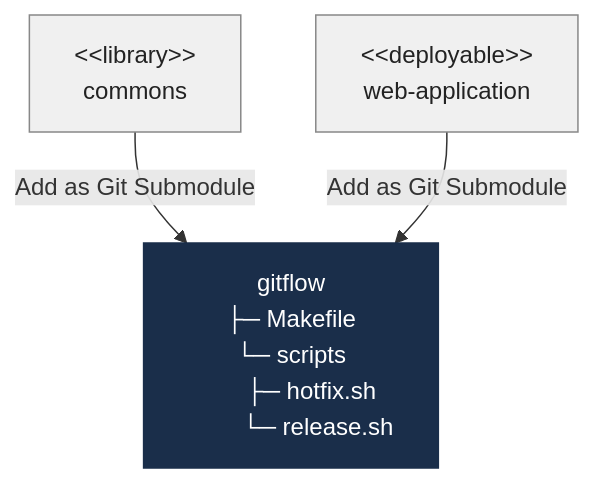
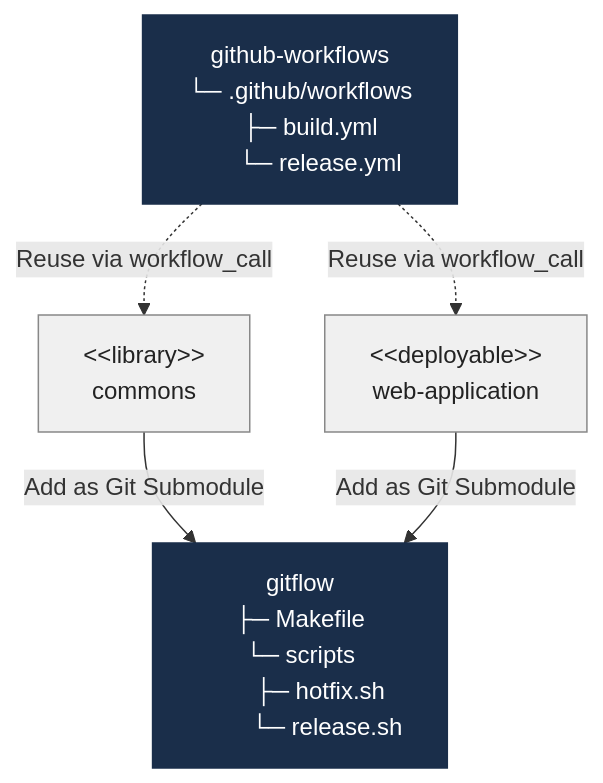
One commit to awesomaticza/gitflow changed the diagram in README.md. Above: the diagram before and after it, drawn with Mermaid. The commit also changed other lines of this file and 4 other files, not shown here.

Commit message:
restore github-workflows in architecture and expand CI/CD context

````diff
--- a/README.md
+++ b/README.md
@@ -51,16 +57,20 @@
 ```mermaid
 flowchart TD
     LIB["&lt;&lt;library&gt;&gt;<br/>commons"]
     DEP["&lt;&lt;deployable&gt;&gt;<br/>web-application"]
 
     GF["gitflow<br/>├─ Makefile<br/>└─ scripts<br/>&nbsp;&nbsp;&nbsp;&nbsp;&nbsp;&nbsp;├─ hotfix.sh<br/>&nbsp;&nbsp;&nbsp;&nbsp;&nbsp;&nbsp;&nbsp;&nbsp;└─ release.sh"]
 
+    GW["github-workflows<br/>└─ .github/workflows<br/>&nbsp;&nbsp;&nbsp;├─ build.yml<br/>&nbsp;&nbsp;&nbsp;&nbsp;&nbsp;&nbsp;└─ release.yml"]
+
     LIB --"Add as Git Submodule"--> GF
     DEP --"Add as Git Submodule"--> GF
+    GW -."Reuse via workflow_call".-> LIB
+    GW -."Reuse via workflow_call".-> DEP
 
     classDef sharedrepo fill:#1a2e4a,stroke:#1a2e4a,color:#ffffff
     classDef consumer fill:#f0f0f0,stroke:#888888,color:#222222
 
-    class GF sharedrepo
+    class GF,GW sharedrepo
     class LIB,DEP consumer
 ```
````
